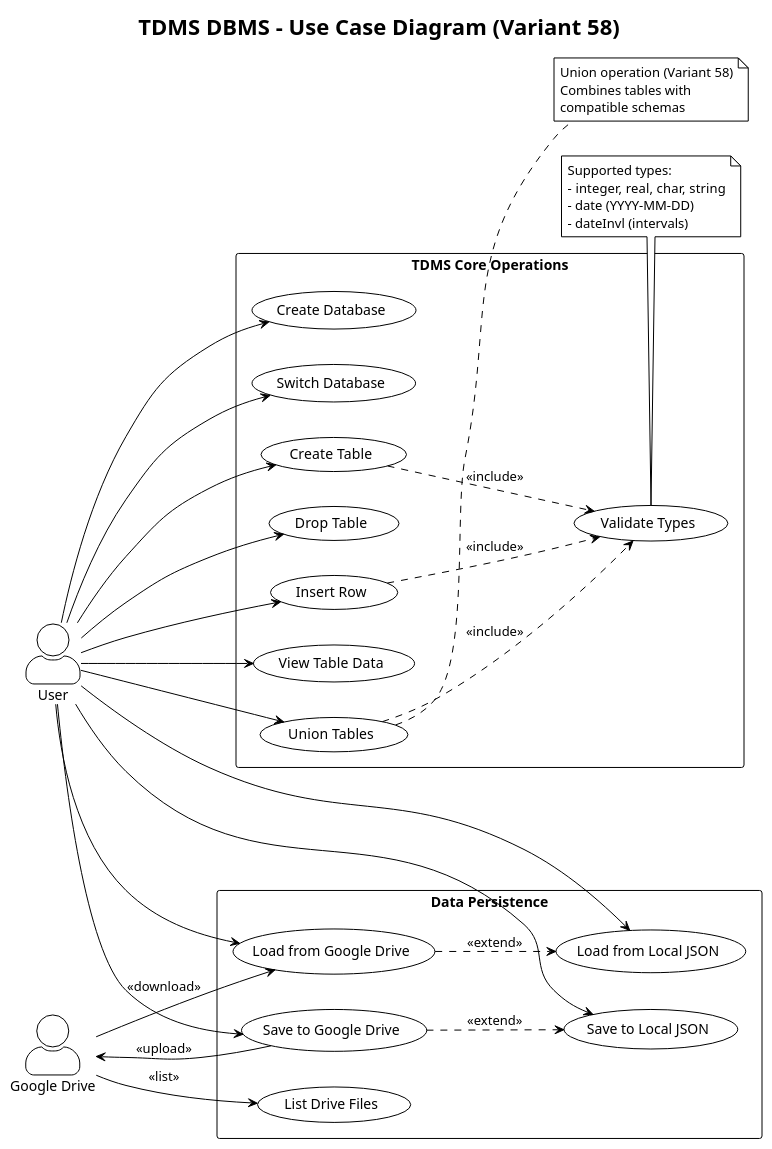
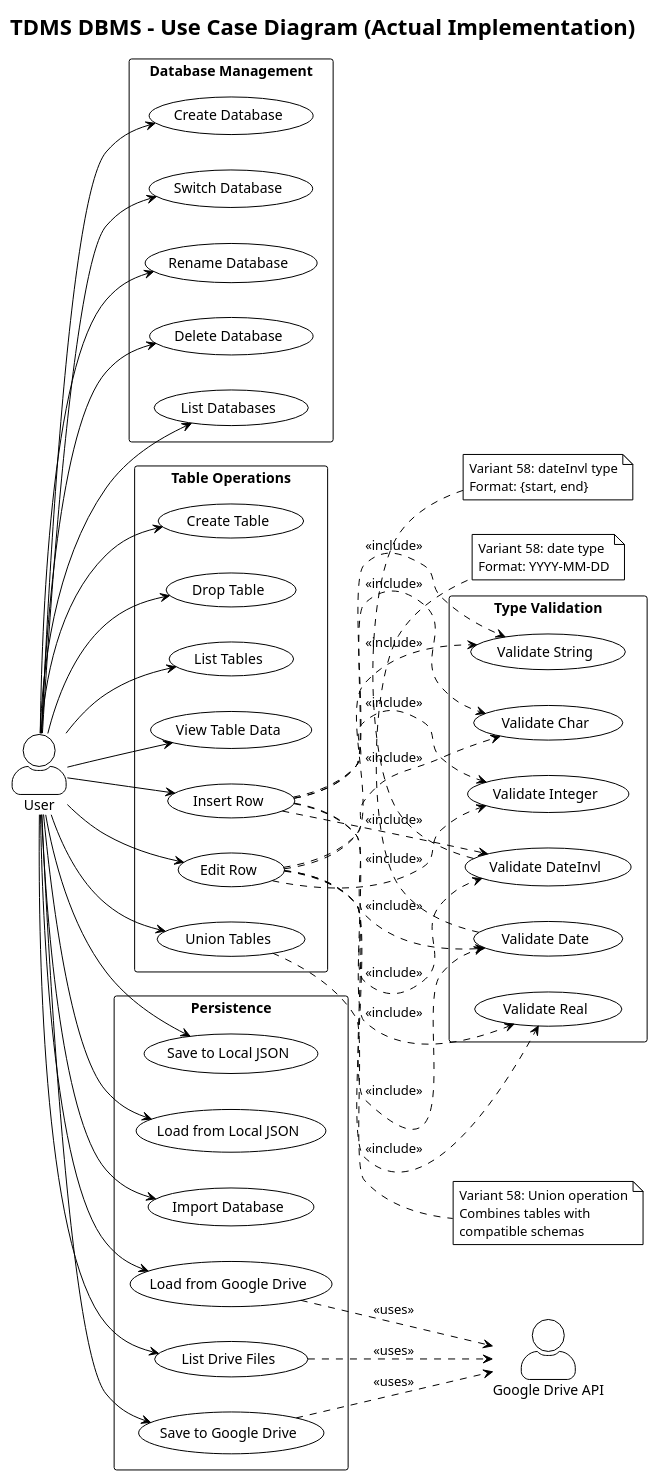
The diagram in UML/01_use_case.puml (PavelShpagin/TDMS), drawn with PlantUML before and after one commit.

Commit message:
Checkpoint before follow-up message

```diff
--- a/UML/01_use_case.puml
+++ b/UML/01_use_case.puml
@@ -1,71 +1,108 @@
 @startuml use_case
 !theme plain
-title TDMS DBMS - Use Case Diagram (Variant 58)
+title TDMS DBMS - Use Case Diagram (Actual Implementation)
 
 left to right direction
 skinparam packageStyle rectangle
 skinparam actorStyle awesome
 
 actor "User" as user
-actor "Google Drive" as gdrive
+actor "Google Drive API" as gdrive
 
-rectangle "TDMS Core Operations" {
+rectangle "Database Management" {
   usecase "Create Database" as UC1
   usecase "Switch Database" as UC2
-  usecase "Create Table" as UC3
-  usecase "Drop Table" as UC4
-  usecase "Insert Row" as UC5
-  usecase "View Table Data" as UC6
-  usecase "Union Tables" as UC7
-  usecase "Validate Types" as UC8
+  usecase "Rename Database" as UC3
+  usecase "Delete Database" as UC4
+  usecase "List Databases" as UC5
 }
 
-rectangle "Data Persistence" {
-  usecase "Save to Local JSON" as UC9
-  usecase "Load from Local JSON" as UC10
-  usecase "Save to Google Drive" as UC11
-  usecase "Load from Google Drive" as UC12
-  usecase "List Drive Files" as UC13
+rectangle "Table Operations" {
+  usecase "Create Table" as UC6
+  usecase "Drop Table" as UC7
+  usecase "List Tables" as UC8
+  usecase "View Table Data" as UC9
+  usecase "Insert Row" as UC10
+  usecase "Edit Row" as UC11
+  usecase "Union Tables" as UC12
 }
 
-' User relationships
+rectangle "Persistence" {
+  usecase "Save to Local JSON" as UC13
+  usecase "Load from Local JSON" as UC14
+  usecase "Import Database" as UC15
+  usecase "Save to Google Drive" as UC16
+  usecase "Load from Google Drive" as UC17
+  usecase "List Drive Files" as UC18
+}
+
+rectangle "Type Validation" {
+  usecase "Validate Integer" as UC19
+  usecase "Validate Real" as UC20
+  usecase "Validate Char" as UC21
+  usecase "Validate String" as UC22
+  usecase "Validate Date" as UC23
+  usecase "Validate DateInvl" as UC24
+}
+
+' User to Database Management
 user --> UC1
 user --> UC2
 user --> UC3
 user --> UC4
 user --> UC5
+
+' User to Table Operations
 user --> UC6
 user --> UC7
+user --> UC8
 user --> UC9
 user --> UC10
 user --> UC11
 user --> UC12
 
-' Google Drive relationships
-gdrive <-- UC11 : <<upload>>
-gdrive --> UC12 : <<download>>
-gdrive --> UC13 : <<list>>
+' User to Persistence
+user --> UC13
+user --> UC14
+user --> UC15
+user --> UC16
+user --> UC17
+user --> UC18
 
-' Include relationships
-UC5 ..> UC8 : <<include>>
-UC7 ..> UC8 : <<include>>
-UC3 ..> UC8 : <<include>>
+' Google Drive interactions
+UC16 ..> gdrive : <<uses>>
+UC17 ..> gdrive : <<uses>>
+UC18 ..> gdrive : <<uses>>
 
-' Extend relationships
-UC11 ..> UC9 : <<extend>>
-UC12 ..> UC10 : <<extend>>
+' Type validation includes
+UC10 ..> UC19 : <<include>>
+UC10 ..> UC20 : <<include>>
+UC10 ..> UC21 : <<include>>
+UC10 ..> UC22 : <<include>>
+UC10 ..> UC23 : <<include>>
+UC10 ..> UC24 : <<include>>
 
-note right of UC7
-  Union operation (Variant 58)
+UC11 ..> UC19 : <<include>>
+UC11 ..> UC20 : <<include>>
+UC11 ..> UC21 : <<include>>
+UC11 ..> UC22 : <<include>>
+UC11 ..> UC23 : <<include>>
+UC11 ..> UC24 : <<include>>
+
+note right of UC12
+  Variant 58: Union operation
   Combines tables with
   compatible schemas
 end note
 
-note bottom of UC8
-  Supported types:
-  - integer, real, char, string
-  - date (YYYY-MM-DD)
-  - dateInvl (intervals)
+note bottom of UC23
+  Variant 58: date type
+  Format: YYYY-MM-DD
+end note
+
+note bottom of UC24
+  Variant 58: dateInvl type
+  Format: {start, end}
 end note
 
 @enduml
```
